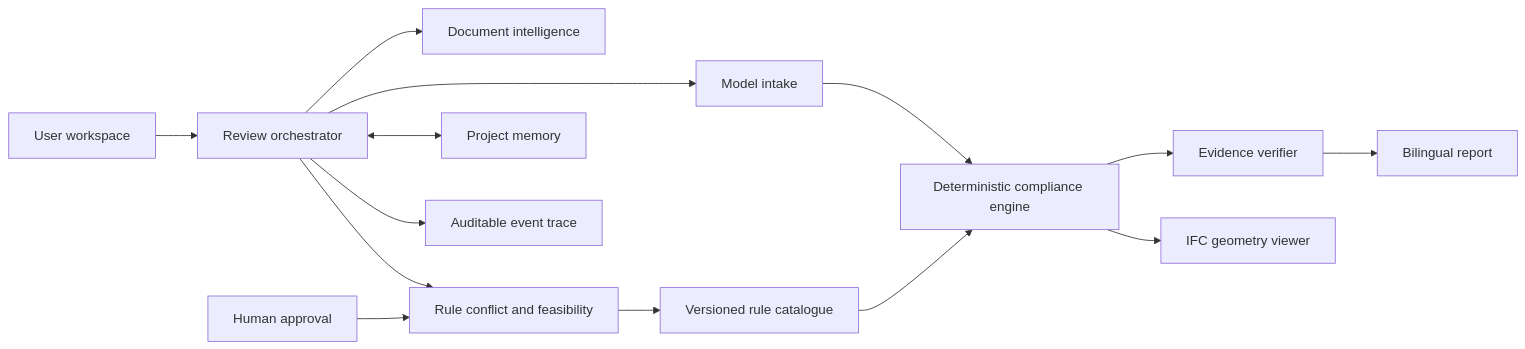
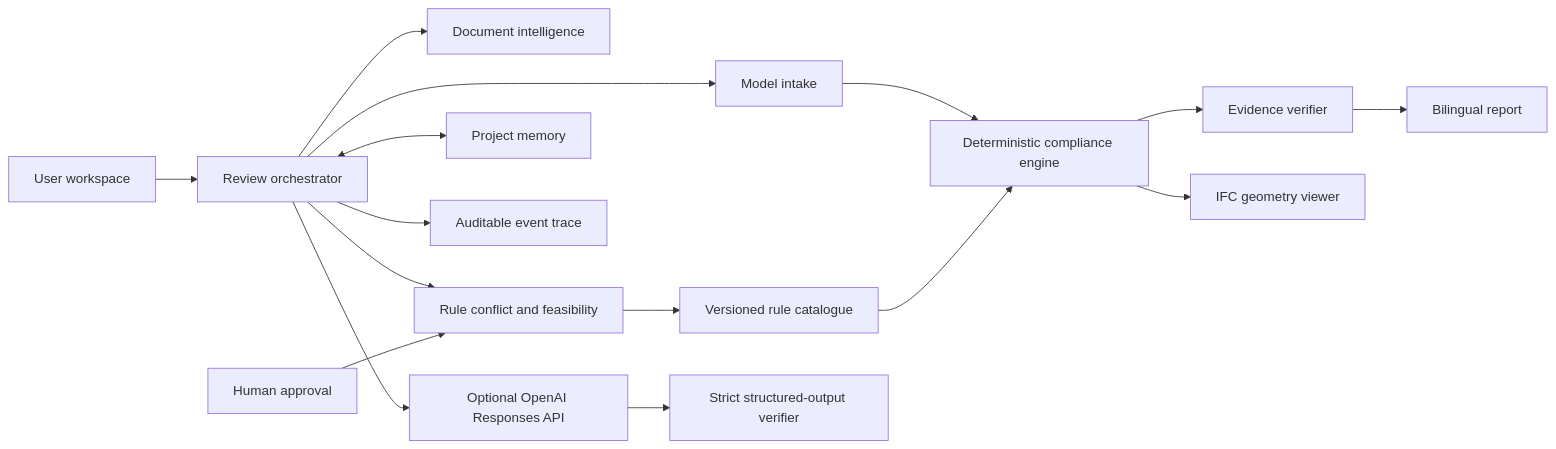
Before and after one commit to junnaifj/bim-compliance-evidence-agent: the diagram in docs/ARCHITECTURE.md, drawn with Mermaid. The commit also changed other lines of this file and 20 other files, not shown here.

````diff
--- a/docs/ARCHITECTURE.md
+++ b/docs/ARCHITECTURE.md
@@ -7,16 +7,18 @@
 ```mermaid
 flowchart LR
     U[User workspace] --> O[Review orchestrator]
     O --> I[Model intake]
     O --> D[Document intelligence]
     O --> R[Rule conflict and feasibility]
     H[Human approval] --> R
     R --> C[Versioned rule catalogue]
     I --> E[Deterministic compliance engine]
     C --> E
     E --> V[Evidence verifier]
     E --> G[IFC geometry viewer]
     V --> P[Bilingual report]
     O <--> M[Project memory]
     O --> T[Auditable event trace]
+    O --> A[Optional OpenAI Responses API]
+    A --> X[Strict structured-output verifier]
 ```
````
